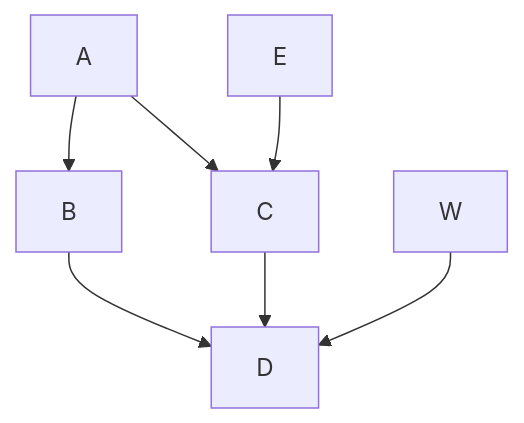
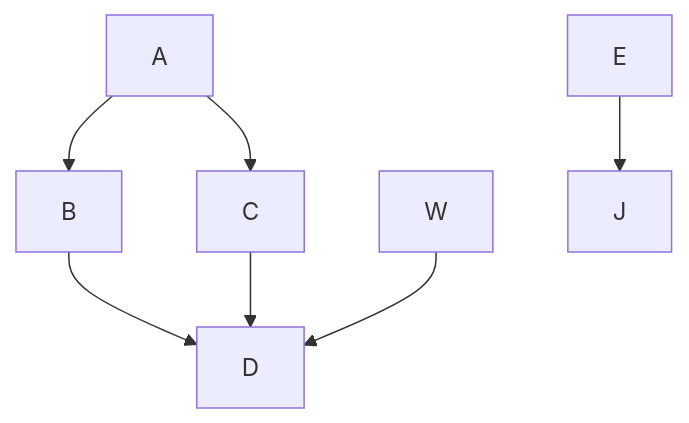
Before and after one commit to neenjaw/mermaid-markdown-test: the first of 2 diagrams in test/flow_inline.md, drawn with Mermaid.

````diff
--- a/test/flow_inline.md
+++ b/test/flow_inline.md
@@ -5,10 +5,10 @@
 ```mermaid
 graph TD;
     A-->B;
     A-->C;
     B-->D;
     C-->D;
     W-->D;
-    E-->C;
+    E-->J;
 
 ```
````
